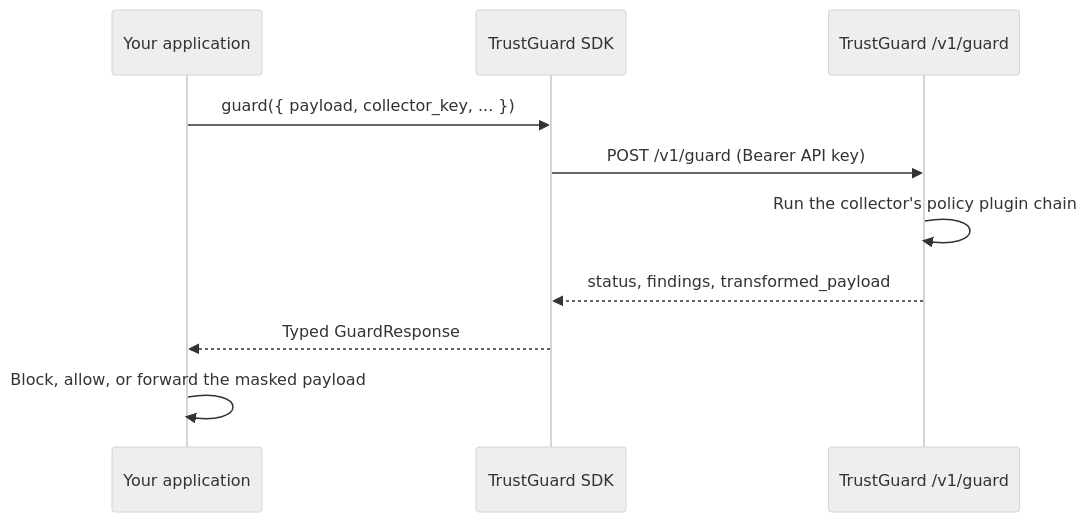
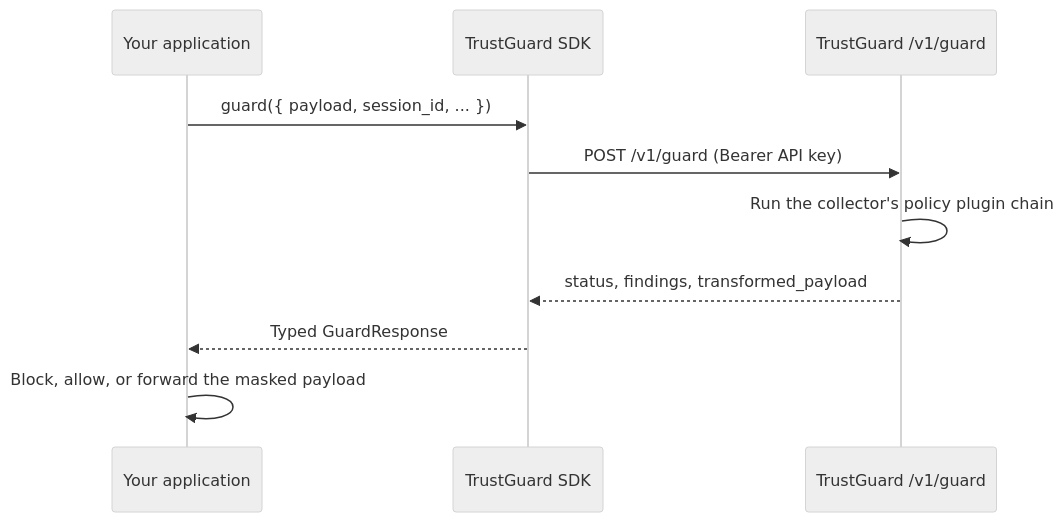
Before and after one commit to NeuralTrust/trustguard-sdk: the diagram in README.md, drawn with Mermaid (neutral theme). The commit also changed other lines of this file and 15 other files, not shown here.

````diff
--- a/README.md
+++ b/README.md
@@ -21,13 +21,13 @@
 ```mermaid
 sequenceDiagram
     participant App as Your application
     participant SDK as TrustGuard SDK
     participant TG as TrustGuard /v1/guard
 
-    App->>SDK: guard({ payload, collector_key, ... })
+    App->>SDK: guard({ payload, session_id, ... })
     SDK->>TG: POST /v1/guard (Bearer API key)
     TG->>TG: Run the collector's policy plugin chain
     TG-->>SDK: status, findings, transformed_payload
     SDK-->>App: Typed GuardResponse
     App->>App: Block, allow, or forward the masked payload
 ```
````
